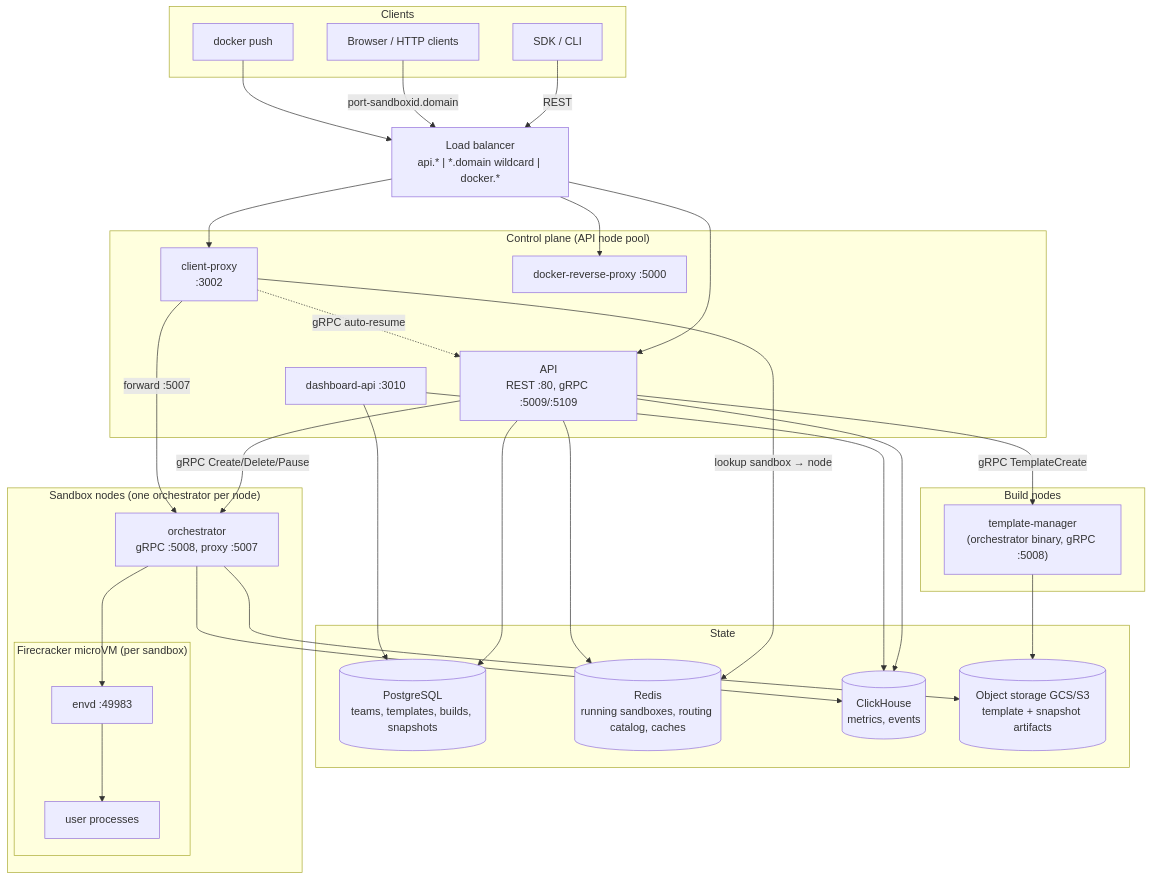
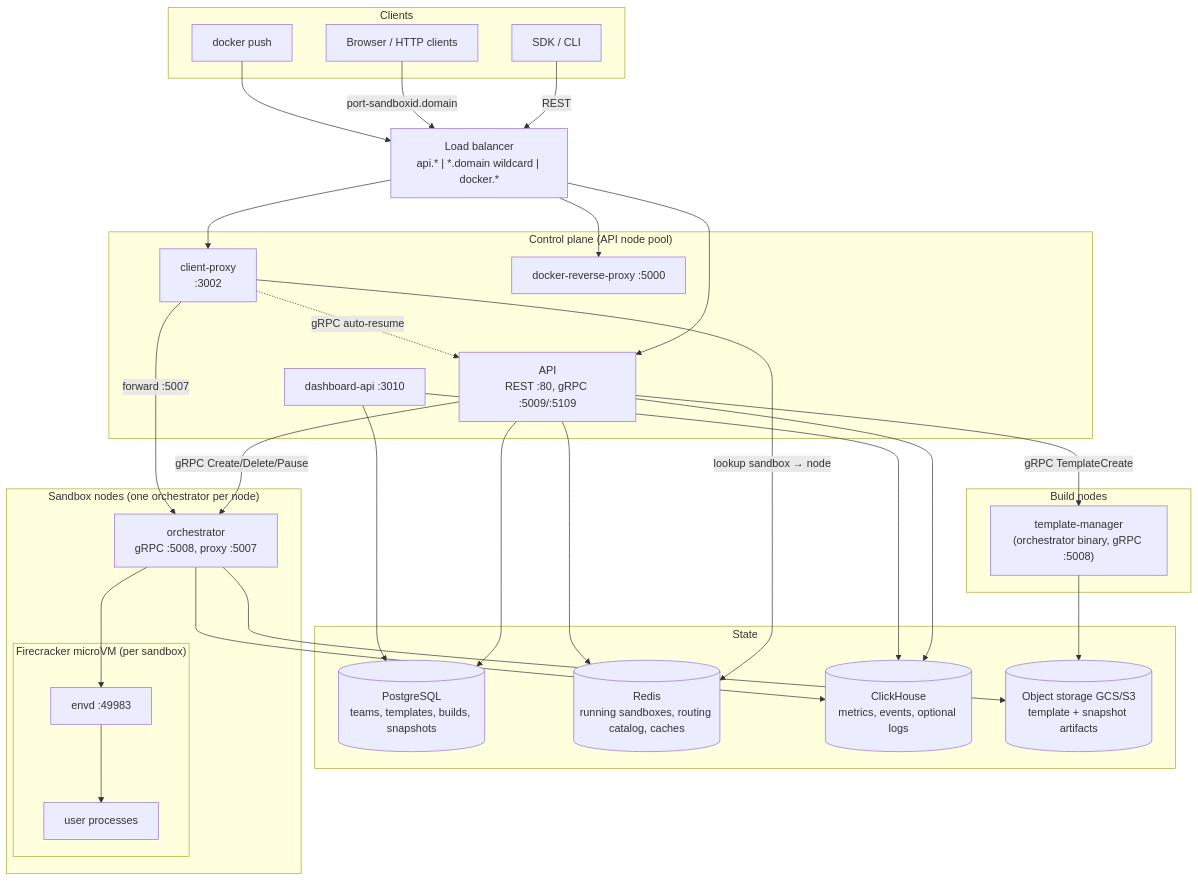
The first of 5 diagrams in docs/ARCHITECTURE.md (e2b-dev/infra), drawn with Mermaid before and after one commit. The commit also changed other lines of this file and 23 other files, not shown here.

Commit message:
feat(logs): route sandbox logs through ClickHouse

````diff
--- a/docs/ARCHITECTURE.md
+++ b/docs/ARCHITECTURE.md
@@ -32,51 +32,51 @@
 ```mermaid
 flowchart TB
     subgraph clients["Clients"]
         SDK["SDK / CLI"]
         Browser["Browser / HTTP clients"]
         Docker["docker push"]
     end
 
     LB["Load balancer<br/>api.* | *.domain wildcard | docker.*"]
 
     subgraph controlplane["Control plane (API node pool)"]
         API["API<br/>REST :80, gRPC :5009/:5109"]
         DashAPI["dashboard-api :3010"]
         CP["client-proxy<br/>:3002"]
         DRP["docker-reverse-proxy :5000"]
     end
 
     subgraph datastores["State"]
         PG[("PostgreSQL<br/>teams, templates, builds, snapshots")]
         RD[("Redis<br/>running sandboxes, routing catalog, caches")]
-        CH[("ClickHouse<br/>metrics, events")]
+        CH[("ClickHouse<br/>metrics, events, optional logs")]
         OS[("Object storage GCS/S3<br/>template + snapshot artifacts")]
     end
 
     subgraph clientnode["Sandbox nodes (one orchestrator per node)"]
         ORCH["orchestrator<br/>gRPC :5008, proxy :5007"]
         subgraph vm["Firecracker microVM (per sandbox)"]
             ENVD["envd :49983"]
             USERPROC["user processes"]
         end
     end
 
     subgraph buildnode["Build nodes"]
         TM["template-manager<br/>(orchestrator binary, gRPC :5008)"]
     end
 
     SDK -->|REST| LB --> API
     Browser -->|"port-sandboxid.domain"| LB --> CP
     Docker --> LB --> DRP
     API -->|"gRPC Create/Delete/Pause"| ORCH
     API -->|"gRPC TemplateCreate"| TM
     CP -->|"lookup sandbox → node"| RD
     CP -->|"forward :5007"| ORCH
     CP -.->|"gRPC auto-resume"| API
     ORCH --> ENVD
     ENVD --> USERPROC
     API --> PG & RD & CH
     DashAPI --> PG & CH
     ORCH --> OS & CH
     TM --> OS
 ```
````
